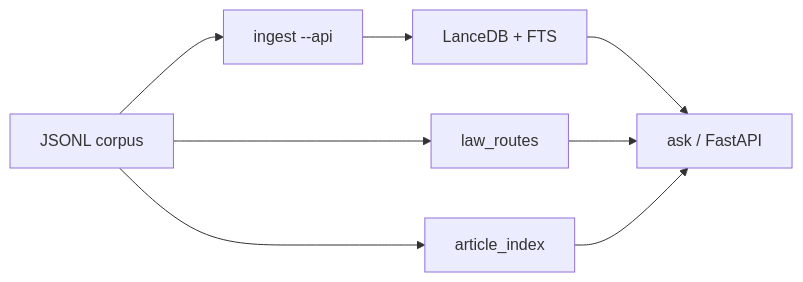
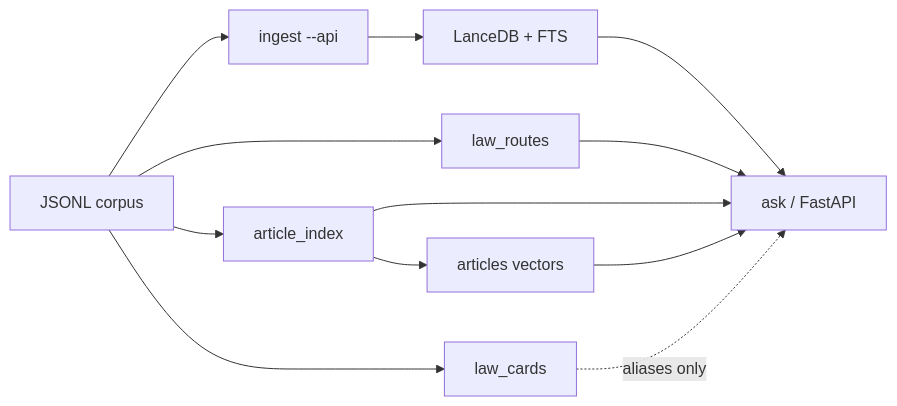
The diagram in docs/ARCHITECTURE.md (sohaibbabajan/iraqi-legislation-rag), drawn with Mermaid before and after one commit. The commit also changed other lines of this file and 9 other files, not shown here.

First line of the commit message:
Add resumable LLM law cards and alias lexicon for routing.

````diff
--- a/docs/ARCHITECTURE.md
+++ b/docs/ARCHITECTURE.md
@@ -5,14 +5,19 @@
 ```mermaid
 flowchart LR
   jsonl[JSONL corpus]
   ingest[ingest --api]
   lance[LanceDB + FTS]
   routes[law_routes]
   art[article_index]
+  avec[articles vectors]
+  cards[law_cards]
   ask[ask / FastAPI]
   jsonl --> ingest --> lance --> ask
   jsonl --> routes
-  jsonl --> art
+  jsonl --> art --> avec
+  jsonl --> cards
   routes --> ask
   art --> ask
+  avec --> ask
+  cards -.->|aliases only| ask
 ```
````
